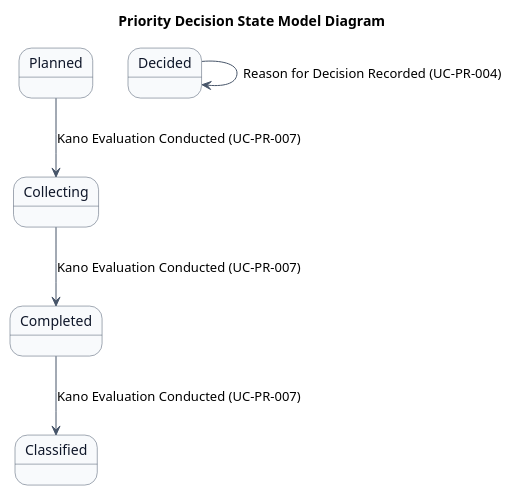
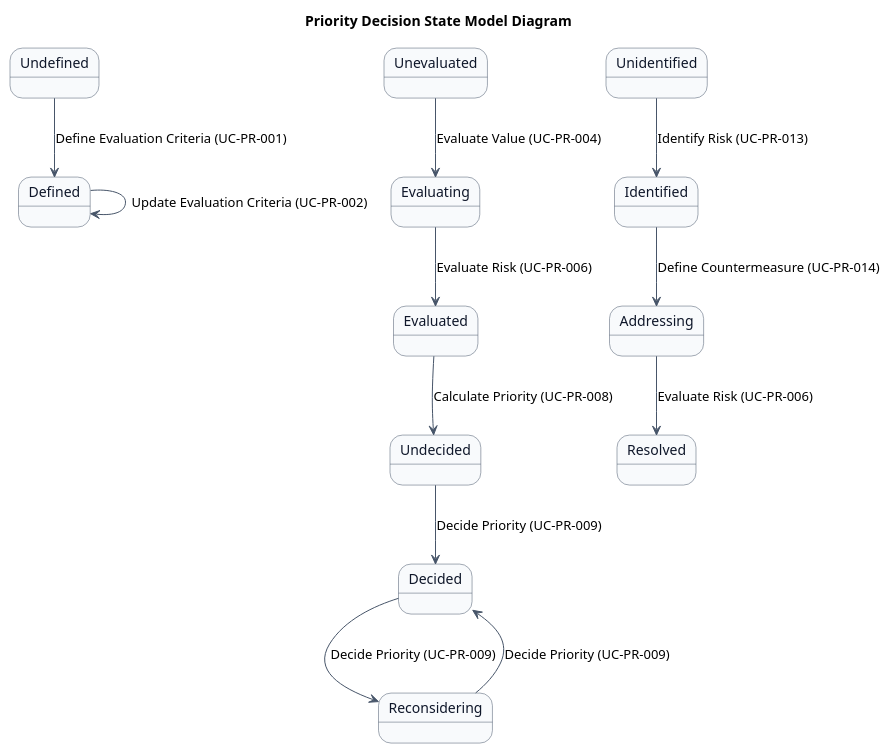
Before and after one commit to mizo432/modulith-learning: the first of 2 diagrams in docs/22 要件定義書/AG アジルーム/03 機能要件/AG-03 優先順位決定/04.システム/02.ステート/ステートマシン図.md, drawn with PlantUML. The commit also changed other lines of this file and 84 other files, not shown here.

````diff
--- a/docs/22 要件定義書/AG アジルーム/03 機能要件/AG-03 優先順位決定/04.システム/02.ステート/ステートマシン図.md
+++ b/docs/22 要件定義書/AG アジルーム/03 機能要件/AG-03 優先順位決定/04.システム/02.ステート/ステートマシン図.md
@@ -11,33 +11,47 @@
 ```plantuml
 @startuml
 title Priority Decision State Model Diagram
 skinparam state {
   BackgroundColor #F8FAFC
   BorderColor #475569
   FontColor #0F172A
 }
 skinparam arrowColor #475569
 skinparam shadowing false
 
-' Kano Questionnaire states
-state "Planned" as Planned_KQ <<entry>>
-state "Collecting" as Collecting_KQ
-state "Completed" as Completed_KQ <<exit>>
+' Evaluation Criteria states
+state "Undefined" as Undefined_CR <<entry>>
+state "Defined" as Defined_CR
 
-' Kano Classification Result states
-state "Classified" as Classified_KC <<entry>>
+' Priority Score states
+state "Unevaluated" as Unevaluated_PS <<entry>>
+state "Evaluating" as Evaluating_PS
+state "Evaluated" as Evaluated_PS
+state "Undecided" as Undecided_PS
+state "Decided" as Decided_PS
+state "Reconsidering" as Reconsidering_PS
 
-' Priority Reason states
-state "Decided" as Decided_PR <<entry>>
+' Risk states
+state "Unidentified" as Unidentified_RK <<entry>>
+state "Identified" as Identified_RK
+state "Addressing" as Addressing_RK
+state "Resolved" as Resolved_RK <<exit>>
 
-' Kano Questionnaire transitions
-Planned_KQ --> Collecting_KQ : Kano Evaluation Conducted (UC-PR-007)
-Collecting_KQ --> Completed_KQ : Kano Evaluation Conducted (UC-PR-007)
+' Evaluation Criteria transitions
+Undefined_CR --> Defined_CR : Define Evaluation Criteria (UC-PR-001)
+Defined_CR --> Defined_CR : Update Evaluation Criteria (UC-PR-002)
 
-' Kano Classification transitions
-Completed_KQ --> Classified_KC : Kano Evaluation Conducted (UC-PR-007)
+' Priority Score transitions
+Unevaluated_PS --> Evaluating_PS : Evaluate Value (UC-PR-004)
+Evaluating_PS --> Evaluated_PS : Evaluate Risk (UC-PR-006)
+Evaluated_PS --> Undecided_PS : Calculate Priority (UC-PR-008)
+Undecided_PS --> Decided_PS : Decide Priority (UC-PR-009)
+Decided_PS --> Reconsidering_PS : Decide Priority (UC-PR-009)
+Reconsidering_PS --> Decided_PS : Decide Priority (UC-PR-009)
 
-' Priority Reason transitions
-Decided_PR --> Decided_PR : Reason for Decision Recorded (UC-PR-004)
+' Risk transitions
+Unidentified_RK --> Identified_RK : Identify Risk (UC-PR-013)
+Identified_RK --> Addressing_RK : Define Countermeasure (UC-PR-014)
+Addressing_RK --> Resolved_RK : Evaluate Risk (UC-PR-006)
 @enduml
 ```
````
